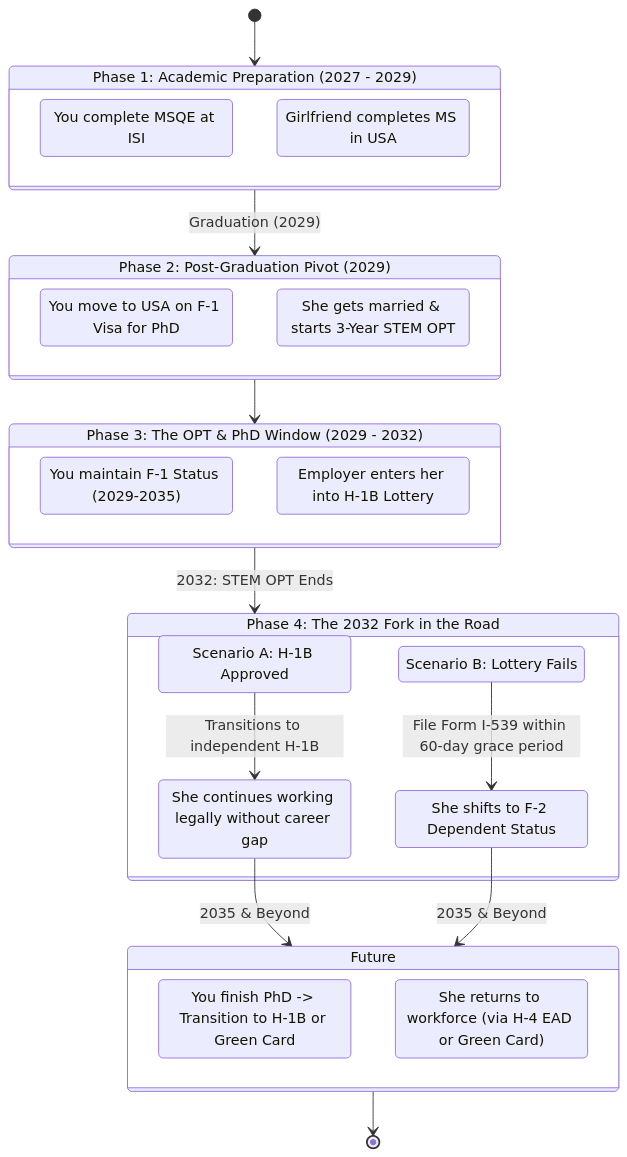
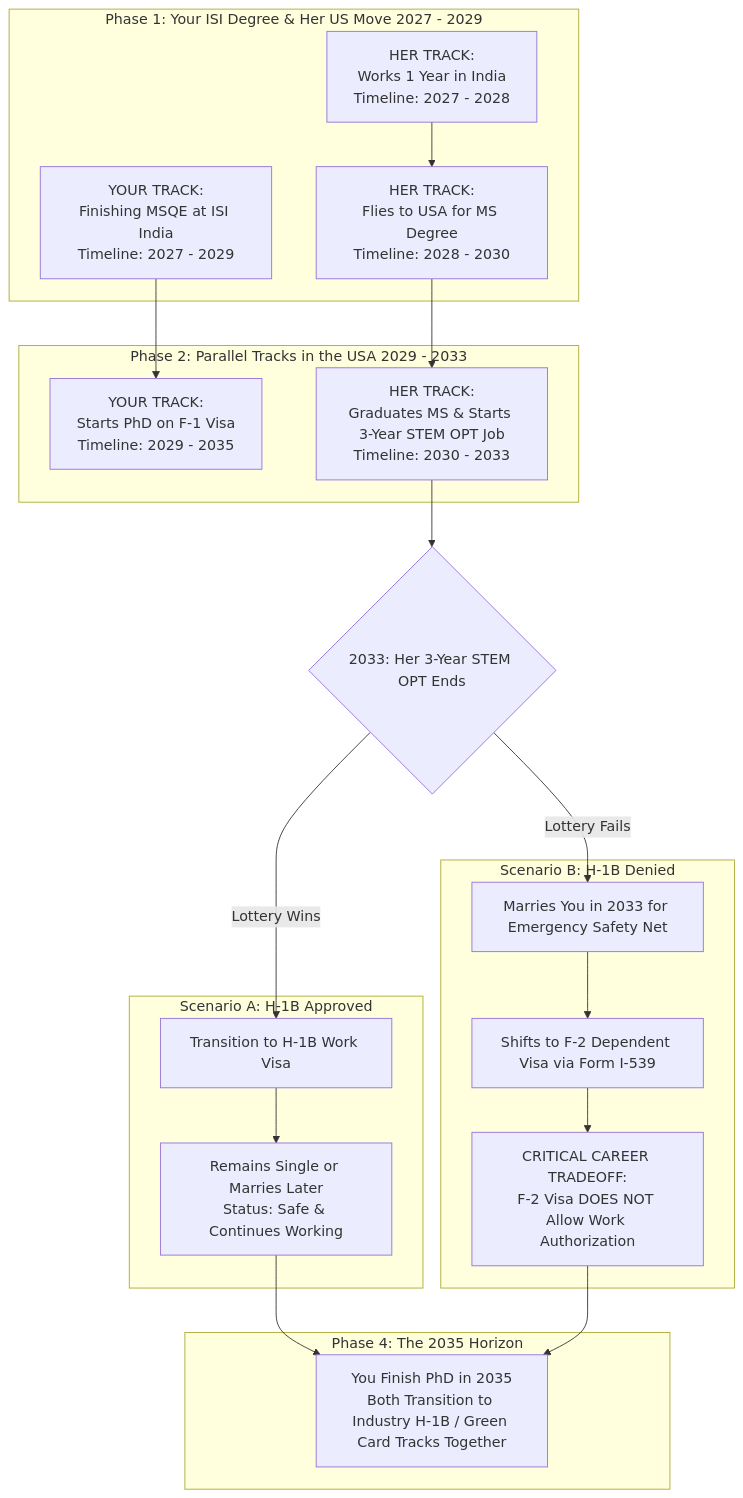
Before and after one commit to snapradeon2005123/TalentScanAI: the diagram in mrinali.mmd, drawn with Mermaid.

```diff
--- a/mrinali.mmd
+++ b/mrinali.mmd
@@ -1,51 +1,61 @@
-stateDiagram-v2
-    direction TB
+graph TD
+    %% ---------------------------------------------
+    %% PHASE 1: TIMELINE START
+    %% ---------------------------------------------
+    subgraph Phase_1 [Phase 1: Your ISI Degree & Her US Move 2027 - 2029]
+        You_ISI[YOUR TRACK:<br>Finishing MSQE at ISI India<br>Timeline: 2027 - 2029]
+        
+        Wife_India[HER TRACK:<br>Works 1 Year in India<br>Timeline: 2027 - 2028]
+        Wife_Fly[HER TRACK:<br>Flies to USA for MS Degree<br>Timeline: 2028 - 2030]
+        
+        Wife_India --> Wife_Fly
+    end
 
-    state "Phase 1: Academic Preparation (2027 - 2029)" as P1
-    state "Phase 2: Post-Graduation Pivot (2029)" as P2
-    state "Phase 3: The OPT & PhD Window (2029 - 2032)" as P3
-    state "Phase 4: The 2032 Fork in the Road" as P4
+    %% ---------------------------------------------
+    %% PHASE 2: CONVERGENCE
+    %% ---------------------------------------------
+    subgraph Phase_2 [Phase 2: Parallel Tracks in the USA 2029 - 2033]
+        You_PhD[YOUR TRACK:<br>Starts PhD on F-1 Visa<br>Timeline: 2029 - 2035]
+        
+        Wife_OPT[HER TRACK:<br>Graduates MS & Starts 3-Year STEM OPT Job<br>Timeline: 2030 - 2033]
+    end
     
-    [*] --> P1
-    
-    state P1 {
-        You_ISI: You complete MSQE at ISI
-        GF_USA: Girlfriend completes MS in USA
-    }
-    
-    P1 --> P2 : Graduation (2029)
-    
-    state P2 {
-        You_F1: You move to USA on F-1 Visa for PhD
-        Wife_OPT: She gets married & starts 3-Year STEM OPT
-    }
-    
-    P2 --> P3
-    
-    state P3 {
-        PhD_Progress: You maintain F-1 Status (2029-2035)
-        H1B_Attempts: Employer enters her into H-1B Lottery
-    }
-    
-    P3 --> P4 : 2032: STEM OPT Ends
-    
-    state P4 {
-        state "Scenario A: H-1B Approved" as Success
-        state "Scenario B: Lottery Fails" as Backup
+    You_ISI --> You_PhD
+    Wife_Fly --> Wife_OPT
+
+    %% ---------------------------------------------
+    %% PHASE 3: THE FORK IN THE ROAD (2033)
+    %% ---------------------------------------------
+    Decision{2033: Her 3-Year STEM OPT Ends}
+    Wife_OPT --> Decision
+
+    %% SCENARIO A: SUCCESS
+    subgraph Scenario_A [Scenario A: H-1B Approved]
+        H1B_Win[Transition to H-1B Work Visa]
+        Stay_Single[Remains Single or Marries Later<br>Status: Safe & Continues Working]
         
-        Success --> Work_Visa : Transitions to independent H-1B
-        Work_Visa: She continues working legally without career gap
+        H1B_Win --> Stay_Single
+    end
+
+    %% SCENARIO B: FALLBACK
+    subgraph Scenario_B [Scenario B: H-1B Denied]
+        Emergency_Marriage[Marries You in 2033 for Emergency Safety Net]
+        F2_Visa[Shifts to F-2 Dependent Visa via Form I-539]
+        Career_Tradeoff[CRITICAL CAREER TRADEOFF:<br>F-2 Visa DOES NOT Allow Work Authorization]
         
-        Backup --> File_F2 : File Form I-539 within 60-day grace period
-        File_F2: She shifts to F-2 Dependent Status
-    }
-    
-    Work_Visa --> Future : 2035 & Beyond
-    File_F2 --> Future : 2035 & Beyond
-    
-    state Future {
-        Green_Card: You finish PhD -> Transition to H-1B or Green Card
-        Wife_Work: She returns to workforce (via H-4 EAD or Green Card)
-    }
+        Emergency_Marriage --> F2_Visa
+        F2_Visa --> Career_Tradeoff
+    end
 
-    Future --> [*]
+    Decision -- Lottery Wins --> H1B_Win
+    Decision -- Lottery Fails --> Emergency_Marriage
+
+    %% ---------------------------------------------
+    %% PHASE 4: THE HORIZON
+    %% ---------------------------------------------
+    subgraph Phase_4 [Phase 4: The 2035 Horizon]
+        Endgame[You Finish PhD in 2035<br>Both Transition to Industry H-1B / Green Card Tracks Together]
+    end
+
+    Stay_Single --> Endgame
+    Career_Tradeoff --> Endgame
```
